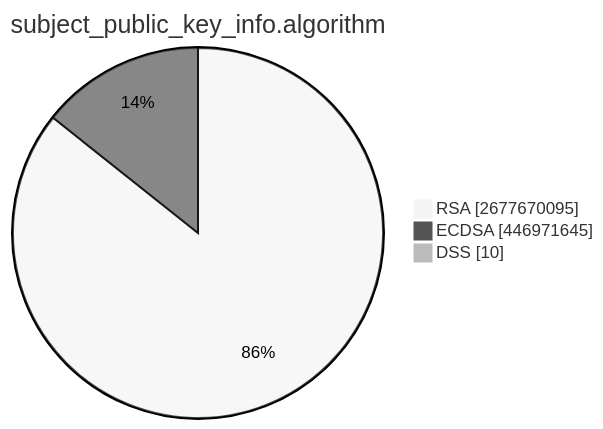
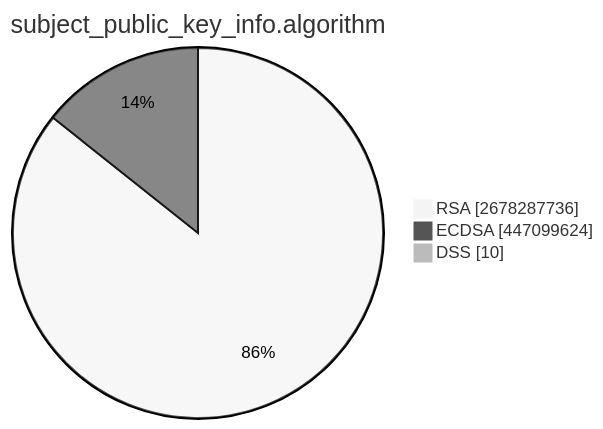
The second of 15 diagrams in TOTAL/README.md (christiankrug/ctmonitor_visualization), drawn with Mermaid (neutral theme) before and after one commit. The commit also changed other lines of this file, not shown here.

````diff
--- a/TOTAL/README.md
+++ b/TOTAL/README.md
@@ -6,7 +6,7 @@
 ```mermaid
 pie showData
 title subject_public_key_info.algorithm
-"RSA" :2677670095
-"ECDSA" :446971645
+"RSA" :2678287736
+"ECDSA" :447099624
 "DSS" :10
 ```
````
